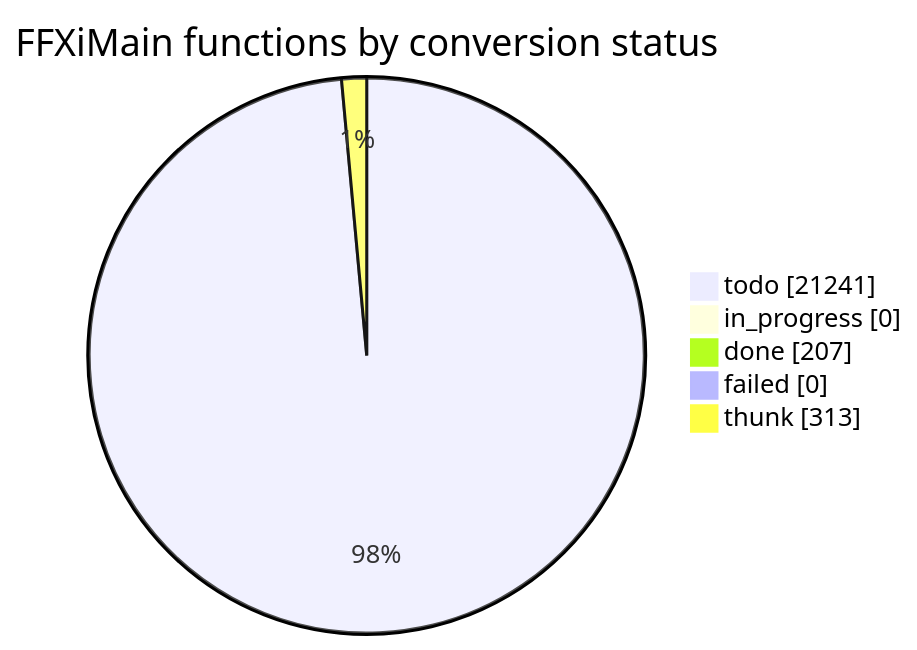
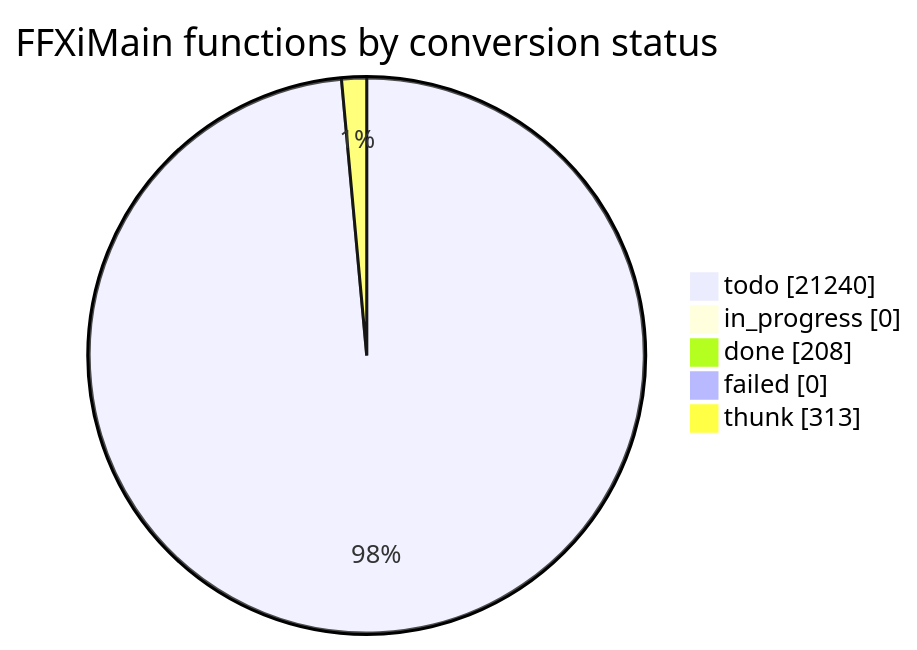
Before and after one commit to cowrevenge/cow_kuluu_xi_anything: the diagram in docs/cow/STATUS.md, drawn with Mermaid. The commit also changed other lines of this file and 9 other files, not shown here.

````diff
--- a/docs/cow/STATUS.md
+++ b/docs/cow/STATUS.md
@@ -18,9 +18,9 @@
 ```mermaid
 pie showData
     title FFXiMain functions by conversion status
-    "todo" : 21241
+    "todo" : 21240
     "in_progress" : 0
-    "done" : 207
+    "done" : 208
     "failed" : 0
     "thunk" : 313
 ```
````
